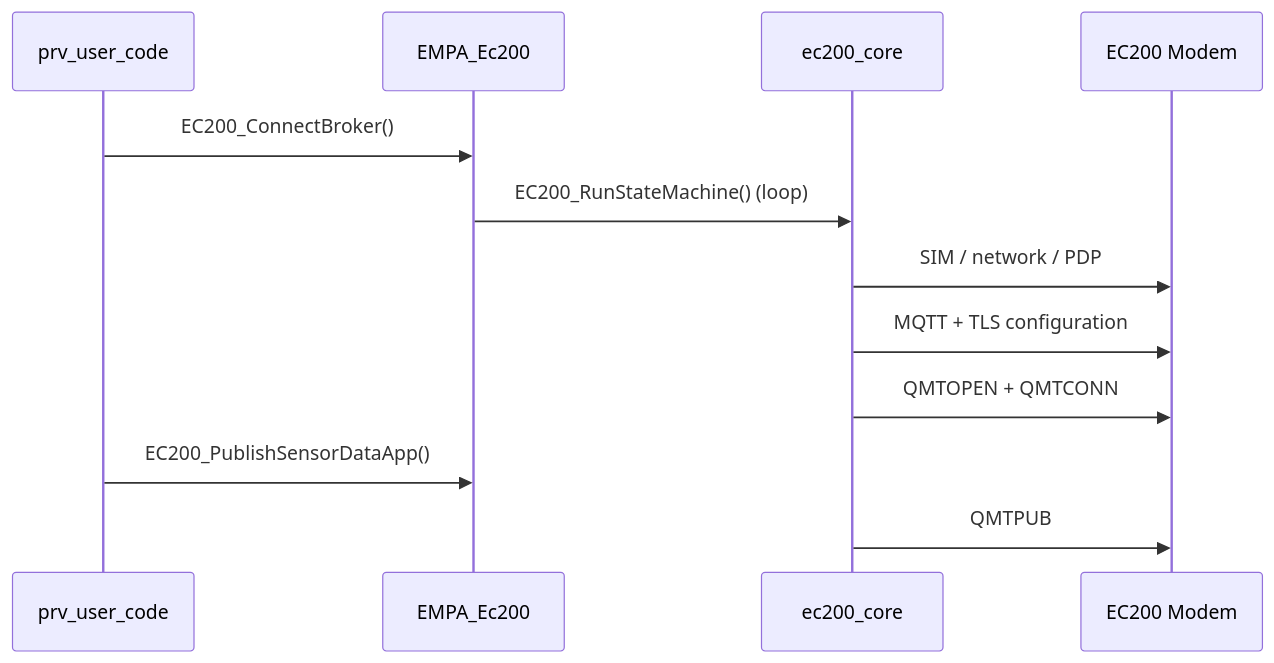
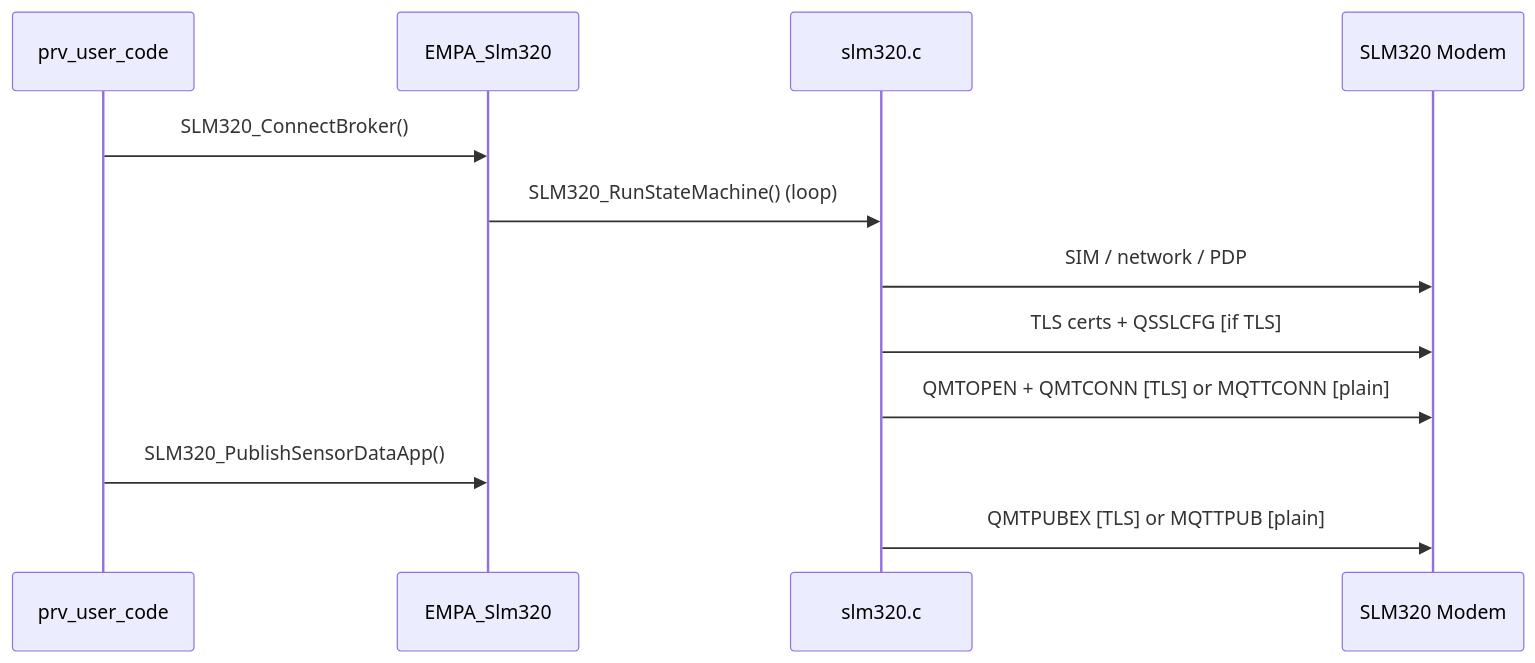
One commit to Empa-Electronics/Tiremo-Accelerator-Workshops-Secure-IoT changed the second of 2 diagrams in Project/README.md. Above: the diagram before and after it, drawn with Mermaid. The commit also changed other lines of this file and 597 other files, not shown here.

````diff
--- a/Project/README.md
+++ b/Project/README.md
@@ -209,15 +192,15 @@
 ```mermaid
 sequenceDiagram
     participant App as prv_user_code
-    participant Svc as EMPA_Ec200
-    participant Core as ec200_core
-    participant Mod as EC200 Modem
+    participant Svc as EMPA_Slm320
+    participant Drv as slm320.c
+    participant Mod as SLM320 Modem
 
-    App->>Svc: EC200_ConnectBroker()
-    Svc->>Core: EC200_RunStateMachine() (loop)
-    Core->>Mod: SIM / network / PDP
-    Core->>Mod: MQTT + TLS configuration
-    Core->>Mod: QMTOPEN + QMTCONN
-    App->>Svc: EC200_PublishSensorDataApp()
-    Core->>Mod: QMTPUB
+    App->>Svc: SLM320_ConnectBroker()
+    Svc->>Drv: SLM320_RunStateMachine() (loop)
+    Drv->>Mod: SIM / network / PDP
+    Drv->>Mod: TLS certs + QSSLCFG [if TLS]
+    Drv->>Mod: QMTOPEN + QMTCONN [TLS] or MQTTCONN [plain]
+    App->>Svc: SLM320_PublishSensorDataApp()
+    Drv->>Mod: QMTPUBEX [TLS] or MQTTPUB [plain]
 ```
````
